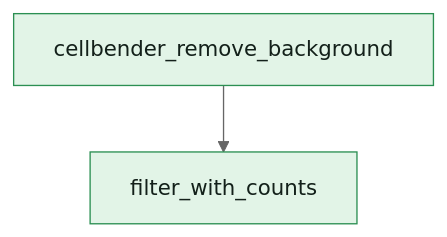
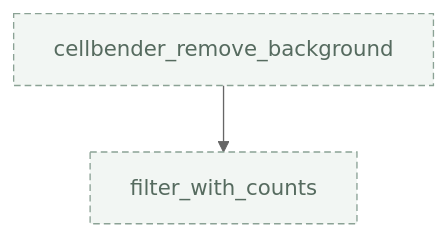
Before and after one commit to openpipelines-bio/openpipeline_docs: the diagram in reference/openpipeline/v4.2.0/workflows/ingestion/cellranger_postprocessing.qmd, drawn with Mermaid (neutral theme). The commit also changed other lines of this file and 40 other files, not shown here.

````diff
--- a/reference/openpipeline/v4.2.0/workflows/ingestion/cellranger_postprocessing.qmd
+++ b/reference/openpipeline/v4.2.0/workflows/ingestion/cellranger_postprocessing.qmd
@@ -113,8 +113,8 @@
 ```{mermaid}
 flowchart TB
-    v19["cellbender_remove_background"]
-    v50["filter_with_counts"]
-    v19 --> v50
-    style v19 fill:#e2f4e7,stroke:#2b8f52,color:#13201a
-    style v50 fill:#e2f4e7,stroke:#2b8f52,color:#13201a
+    c_correction_cellbender_remove_background["cellbender_remove_background"]
+    c_filter_filter_with_counts["filter_with_counts"]
+    c_correction_cellbender_remove_background --> c_filter_filter_with_counts
+    style c_correction_cellbender_remove_background fill:#f2f6f3,stroke:#8ba295,stroke-dasharray:5 3,color:#566b5f
+    style c_filter_filter_with_counts fill:#f2f6f3,stroke:#8ba295,stroke-dasharray:5 3,color:#566b5f
 ```
````
